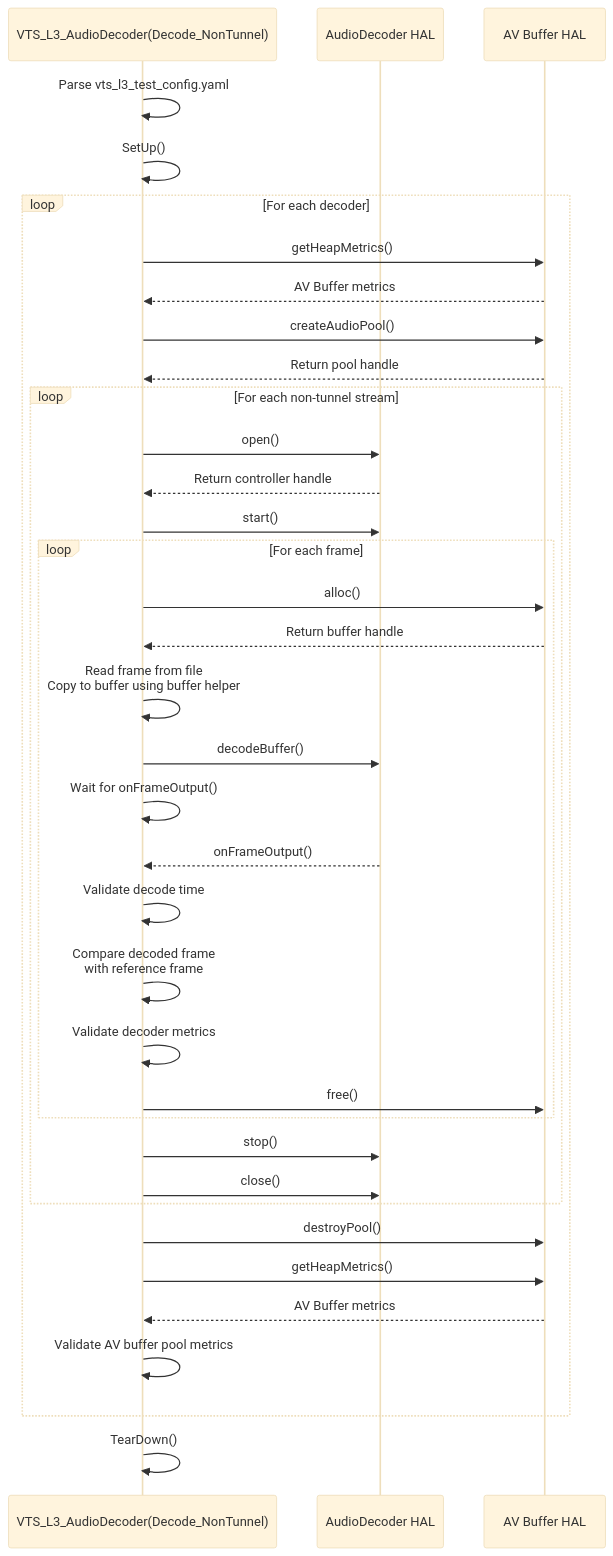
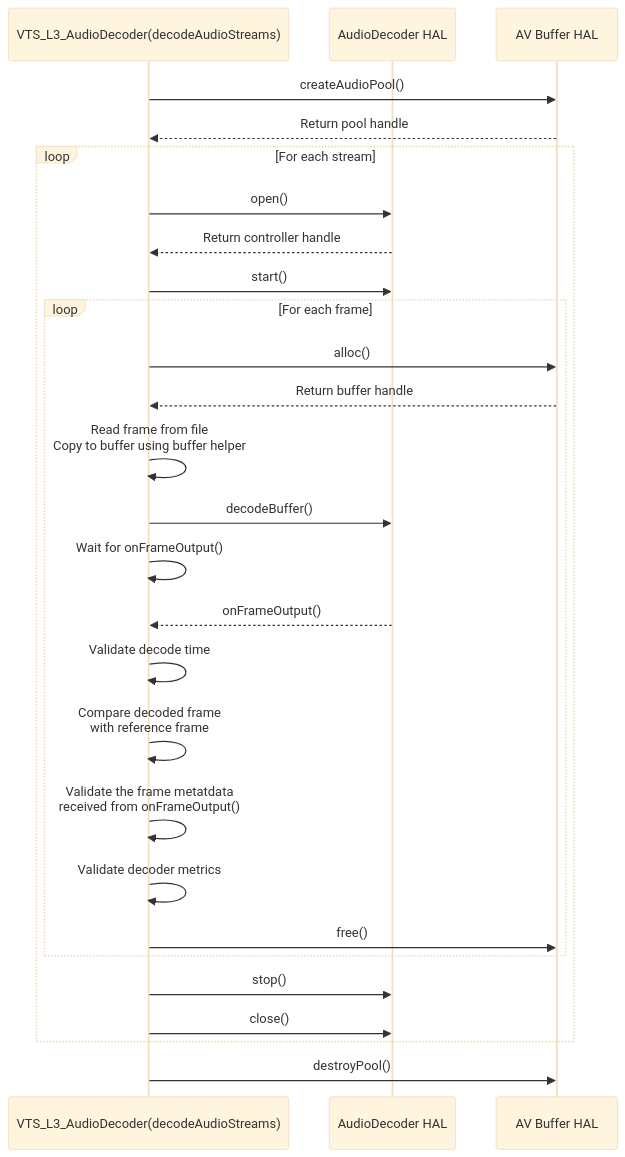
One commit to davidkoo-brcm/rdk-halif-aidl-test-audiodecoder changed the fourth of 10 diagrams in docs/pages/audioDecoder_L3_Low-Level_TestSpecification.md. Above: the diagram before and after it, drawn with Mermaid (base theme). The commit also changed other lines of this file and 5 other files, not shown here.

````diff
--- a/docs/pages/audioDecoder_L3_Low-Level_TestSpecification.md
+++ b/docs/pages/audioDecoder_L3_Low-Level_TestSpecification.md
@@ -212,39 +222,30 @@
 ```mermaid
 sequenceDiagram
-    participant VTS_L3_AudioDecoder(Decode_NonTunnel)
-    participant AudioDecoder HAL
-    participant AV Buffer HAL
+  participant VTS_L3_AudioDecoder(decodeAudioStreams)
+  participant AudioDecoder HAL
+  participant AV Buffer HAL
 
-    VTS_L3_AudioDecoder(Decode_NonTunnel)->>VTS_L3_AudioDecoder(Decode_NonTunnel): Parse vts_l3_test_config.yaml
-    VTS_L3_AudioDecoder(Decode_NonTunnel)->>VTS_L3_AudioDecoder(Decode_NonTunnel): SetUp()
-    loop For each decoder
-        VTS_L3_AudioDecoder(Decode_NonTunnel)->>AV Buffer HAL: getHeapMetrics()
-        AV Buffer HAL-->>VTS_L3_AudioDecoder(Decode_NonTunnel): AV Buffer metrics
-        VTS_L3_AudioDecoder(Decode_NonTunnel)->>AV Buffer HAL: createAudioPool()
-        AV Buffer HAL-->>VTS_L3_AudioDecoder(Decode_NonTunnel): Return pool handle
-        loop For each non-tunnel stream
-            VTS_L3_AudioDecoder(Decode_NonTunnel)->>AudioDecoder HAL: open()
-            AudioDecoder HAL-->>VTS_L3_AudioDecoder(Decode_NonTunnel): Return controller handle
-            VTS_L3_AudioDecoder(Decode_NonTunnel)->>AudioDecoder HAL: start()
-            loop For each frame
-                VTS_L3_AudioDecoder(Decode_NonTunnel)->>AV Buffer HAL: alloc()
-                AV Buffer HAL-->>VTS_L3_AudioDecoder(Decode_NonTunnel): Return buffer handle
-                VTS_L3_AudioDecoder(Decode_NonTunnel)->>VTS_L3_AudioDecoder(Decode_NonTunnel): Read frame from file<br>Copy to buffer using buffer helper
-                VTS_L3_AudioDecoder(Decode_NonTunnel)->>AudioDecoder HAL: decodeBuffer()
-                VTS_L3_AudioDecoder(Decode_NonTunnel)->>VTS_L3_AudioDecoder(Decode_NonTunnel): Wait for onFrameOutput()
-                AudioDecoder HAL-->>VTS_L3_AudioDecoder(Decode_NonTunnel): onFrameOutput()
-                VTS_L3_AudioDecoder(Decode_NonTunnel)->>VTS_L3_AudioDecoder(Decode_NonTunnel): Validate decode time
-                VTS_L3_AudioDecoder(Decode_NonTunnel)->>VTS_L3_AudioDecoder(Decode_NonTunnel): Compare decoded frame<br>with reference frame
-                VTS_L3_AudioDecoder(Decode_NonTunnel)->>VTS_L3_AudioDecoder(Decode_NonTunnel): Validate decoder metrics
-                VTS_L3_AudioDecoder(Decode_NonTunnel)->>AV Buffer HAL: free()
-            end
-            VTS_L3_AudioDecoder(Decode_NonTunnel)->>AudioDecoder HAL: stop()
-            VTS_L3_AudioDecoder(Decode_NonTunnel)->>AudioDecoder HAL: close()
-        end
-        VTS_L3_AudioDecoder(Decode_NonTunnel)->>AV Buffer HAL: destroyPool()
-        VTS_L3_AudioDecoder(Decode_NonTunnel)->>AV Buffer HAL: getHeapMetrics()
-        AV Buffer HAL-->>VTS_L3_AudioDecoder(Decode_NonTunnel): AV Buffer metrics
-        VTS_L3_AudioDecoder(Decode_NonTunnel)->>VTS_L3_AudioDecoder(Decode_NonTunnel): Validate AV buffer pool metrics
-    end
-    VTS_L3_AudioDecoder(Decode_NonTunnel)->>VTS_L3_AudioDecoder(Decode_NonTunnel): TearDown()
+  VTS_L3_AudioDecoder(decodeAudioStreams)->>AV Buffer HAL: createAudioPool()
+  AV Buffer HAL-->>VTS_L3_AudioDecoder(decodeAudioStreams): Return pool handle
+  loop For each stream
+      VTS_L3_AudioDecoder(decodeAudioStreams)->>AudioDecoder HAL: open()
+      AudioDecoder HAL-->>VTS_L3_AudioDecoder(decodeAudioStreams): Return controller handle
+      VTS_L3_AudioDecoder(decodeAudioStreams)->>AudioDecoder HAL: start()
+      loop For each frame
+          VTS_L3_AudioDecoder(decodeAudioStreams)->>AV Buffer HAL: alloc()
+          AV Buffer HAL-->>VTS_L3_AudioDecoder(decodeAudioStreams): Return buffer handle
+          VTS_L3_AudioDecoder(decodeAudioStreams)->>VTS_L3_AudioDecoder(decodeAudioStreams): Read frame from file<br>Copy to buffer using buffer helper
+          VTS_L3_AudioDecoder(decodeAudioStreams)->>AudioDecoder HAL: decodeBuffer()
+          VTS_L3_AudioDecoder(decodeAudioStreams)->>VTS_L3_AudioDecoder(decodeAudioStreams): Wait for onFrameOutput()
+          AudioDecoder HAL-->>VTS_L3_AudioDecoder(decodeAudioStreams): onFrameOutput()
+          VTS_L3_AudioDecoder(decodeAudioStreams)->>VTS_L3_AudioDecoder(decodeAudioStreams): Validate decode time
+          VTS_L3_AudioDecoder(decodeAudioStreams)->>VTS_L3_AudioDecoder(decodeAudioStreams): Compare decoded frame<br>with reference frame
+          VTS_L3_AudioDecoder(decodeAudioStreams)->>VTS_L3_AudioDecoder(decodeAudioStreams): Validate the frame metatdata<br>received from onFrameOutput()
+          VTS_L3_AudioDecoder(decodeAudioStreams)->>VTS_L3_AudioDecoder(decodeAudioStreams): Validate decoder metrics
+          VTS_L3_AudioDecoder(decodeAudioStreams)->>AV Buffer HAL: free()
+      end
+      VTS_L3_AudioDecoder(decodeAudioStreams)->>AudioDecoder HAL: stop()
+      VTS_L3_AudioDecoder(decodeAudioStreams)->>AudioDecoder HAL: close()
+  end
+  VTS_L3_AudioDecoder(decodeAudioStreams)->>AV Buffer HAL: destroyPool()
 ```
````
